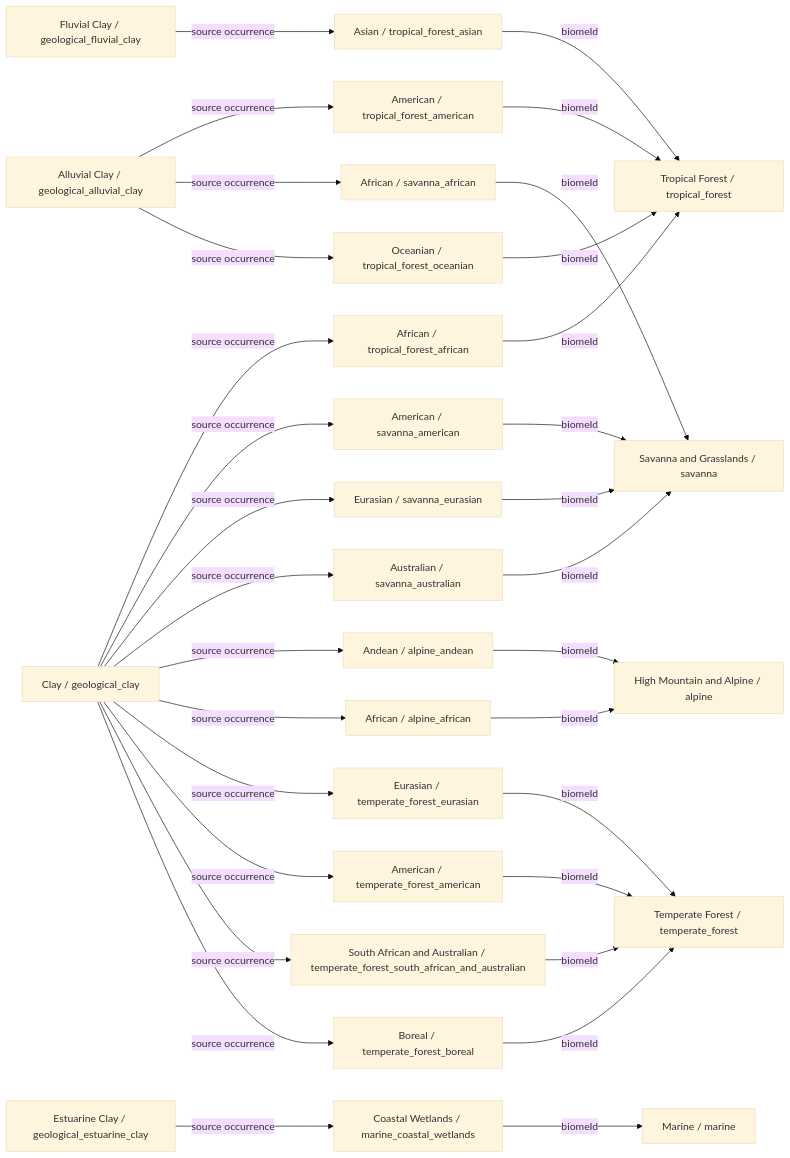
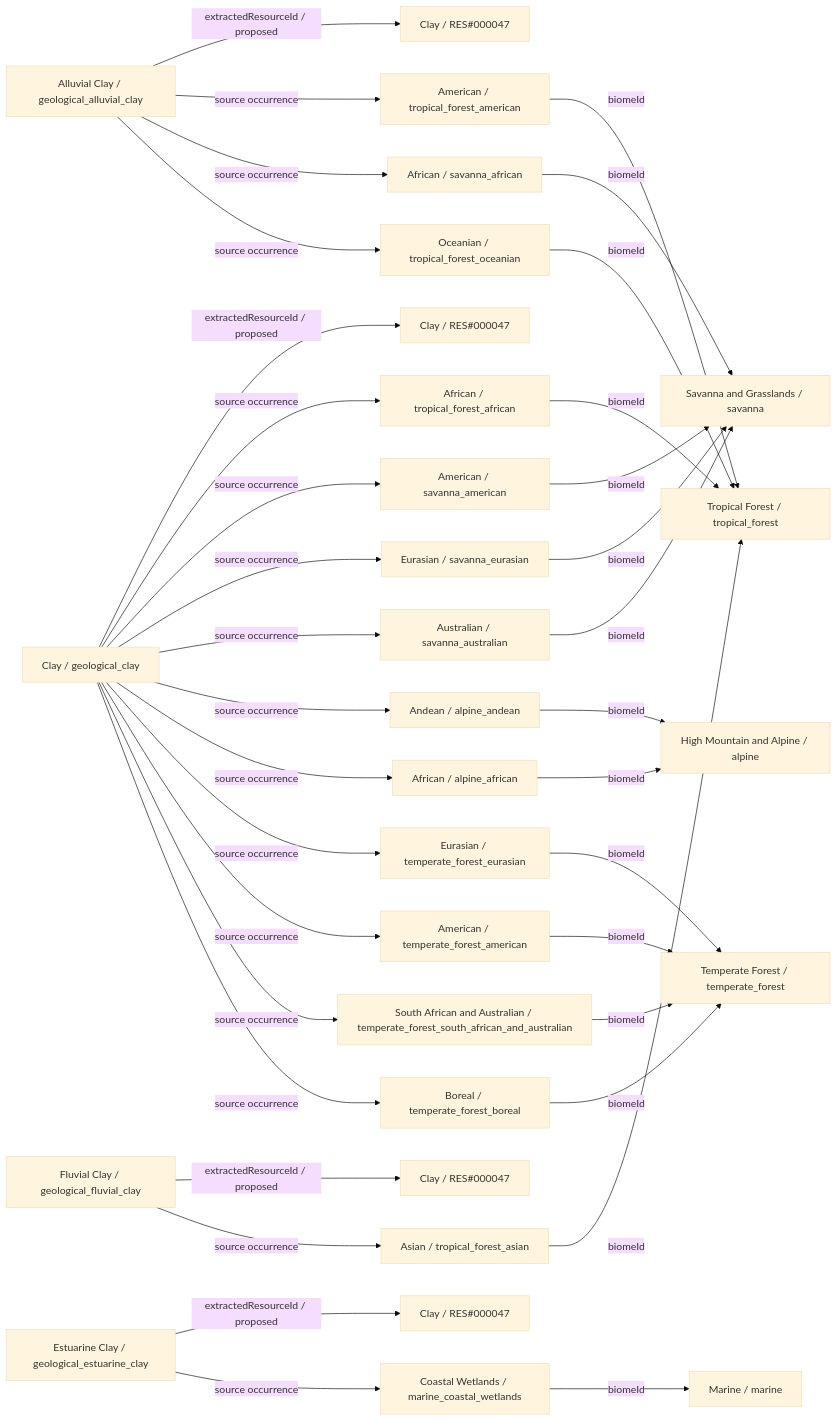
The first of 15 diagrams in data/minerals/DIAGRAMS.md (fgabo404/EvolveDoc), drawn with Mermaid (base theme) before and after one commit. The commit also changed other lines of this file and 50 other files, not shown here.

````diff
--- a/data/minerals/DIAGRAMS.md
+++ b/data/minerals/DIAGRAMS.md
@@ -77,57 +77,65 @@
 ```mermaid
 flowchart LR
     c0["Clay / geological_clay"]
     v1["African / tropical_forest_african"]
     b0["Tropical Forest / tropical_forest"]
     v4["Eurasian / temperate_forest_eurasian"]
     b1["Temperate Forest / temperate_forest"]
     v5["American / temperate_forest_american"]
     v6["South African and Australian / temperate_forest_south_african_and_australian"]
     v7["Boreal / temperate_forest_boreal"]
     v12["American / savanna_american"]
     b3["Savanna and Grasslands / savanna"]
     v13["Eurasian / savanna_eurasian"]
     v14["Australian / savanna_australian"]
     v23["Andean / alpine_andean"]
     b6["High Mountain and Alpine / alpine"]
     v26["African / alpine_african"]
+    r0["Clay / RES#000047"]
     c1["Alluvial Clay / geological_alluvial_clay"]
     v0["American / tropical_forest_american"]
     v3["Oceanian / tropical_forest_oceanian"]
     v11["African / savanna_african"]
+    r1["Clay / RES#000047"]
     c2["Estuarine Clay / geological_estuarine_clay"]
     v22["Coastal Wetlands / marine_coastal_wetlands"]
     b5["Marine / marine"]
+    r2["Clay / RES#000047"]
     c3["Fluvial Clay / geological_fluvial_clay"]
     v2["Asian / tropical_forest_asian"]
+    r3["Clay / RES#000047"]
+    c0 -->|extractedResourceId / proposed| r0
     c0 -->|source occurrence| v1
     c0 -->|source occurrence| v12
     c0 -->|source occurrence| v13
     c0 -->|source occurrence| v14
     c0 -->|source occurrence| v23
     c0 -->|source occurrence| v26
     c0 -->|source occurrence| v4
     c0 -->|source occurrence| v5
     c0 -->|source occurrence| v6
     c0 -->|source occurrence| v7
+    c1 -->|extractedResourceId / proposed| r1
     c1 -->|source occurrence| v0
     c1 -->|source occurrence| v11
     c1 -->|source occurrence| v3
+    c2 -->|extractedResourceId / proposed| r2
     c2 -->|source occurrence| v22
+    c3 -->|extractedResourceId / proposed| r3
     c3 -->|source occurrence| v2
     v0 -->|biomeId| b0
     v1 -->|biomeId| b0
     v11 -->|biomeId| b3
     v12 -->|biomeId| b3
     v13 -->|biomeId| b3
     v14 -->|biomeId| b3
     v2 -->|biomeId| b0
     v22 -->|biomeId| b5
     v23 -->|biomeId| b6
     v26 -->|biomeId| b6
     v3 -->|biomeId| b0
     v4 -->|biomeId| b1
     v5 -->|biomeId| b1
     v6 -->|biomeId| b1
     v7 -->|biomeId| b1
 ```
````
